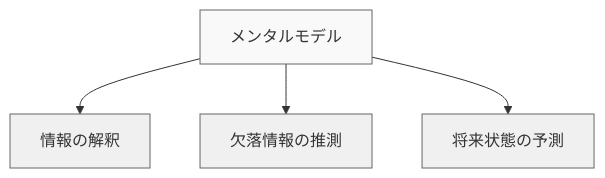
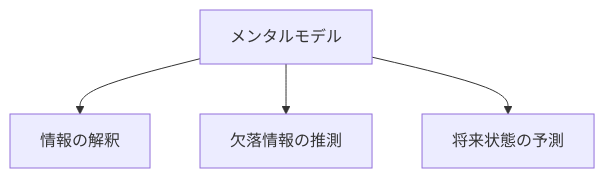
The third of 4 diagrams in docs/basics/endsley-model.md (shuji-bonji/Situational-Awareness-and-Decision-Making), drawn with Mermaid before and after one commit. The commit also changed other lines of this file and 49 other files, not shown here.

Commit message:
fix: ダークモードで見づらい図の色の変更

````diff
--- a/docs/basics/endsley-model.md
+++ b/docs/basics/endsley-model.md
@@ -157,10 +151,6 @@
 ```mermaid
 graph TD
     A[メンタルモデル] --> B[情報の解釈]
     A --> C[欠落情報の推測]
     A --> D[将来状態の予測]
-    style A fill:#f9f9f9,stroke:#666
-    style B fill:#f0f0f0,stroke:#666
-    style C fill:#f0f0f0,stroke:#666
-    style D fill:#f0f0f0,stroke:#666
 ```
````
